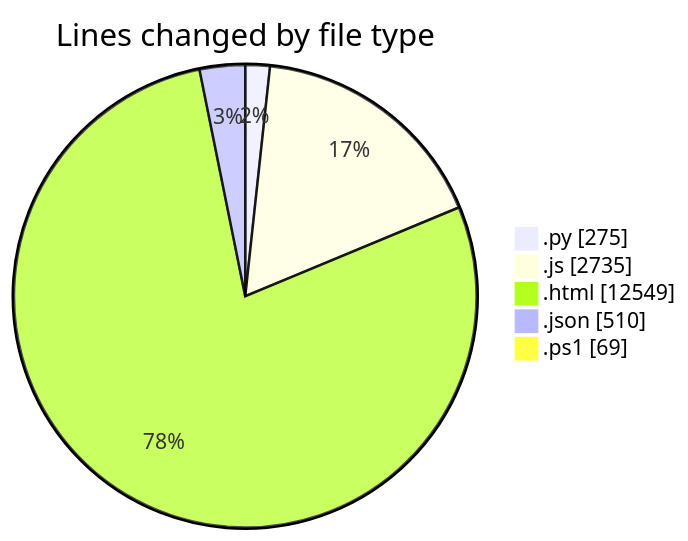
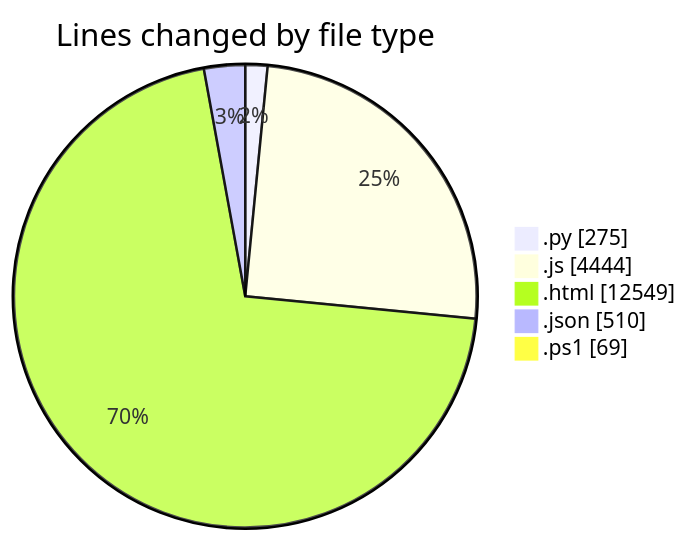
Before and after one commit to shibass792/code-tracking: the first of 2 diagrams in 2026-07-09/twenty_versions_aminor/README.md, drawn with Mermaid. The commit also changed other lines of this file and 1 other file, not shown here.

````diff
--- a/2026-07-09/twenty_versions_aminor/README.md
+++ b/2026-07-09/twenty_versions_aminor/README.md
@@ -44,9 +45,9 @@
 ```mermaid
 pie showData
 title Lines changed by file type
 ".py" : 275
-".js" : 2735
+".js" : 4444
 ".html" : 12549
 ".json" : 510
 ".ps1" : 69
 ```
````
